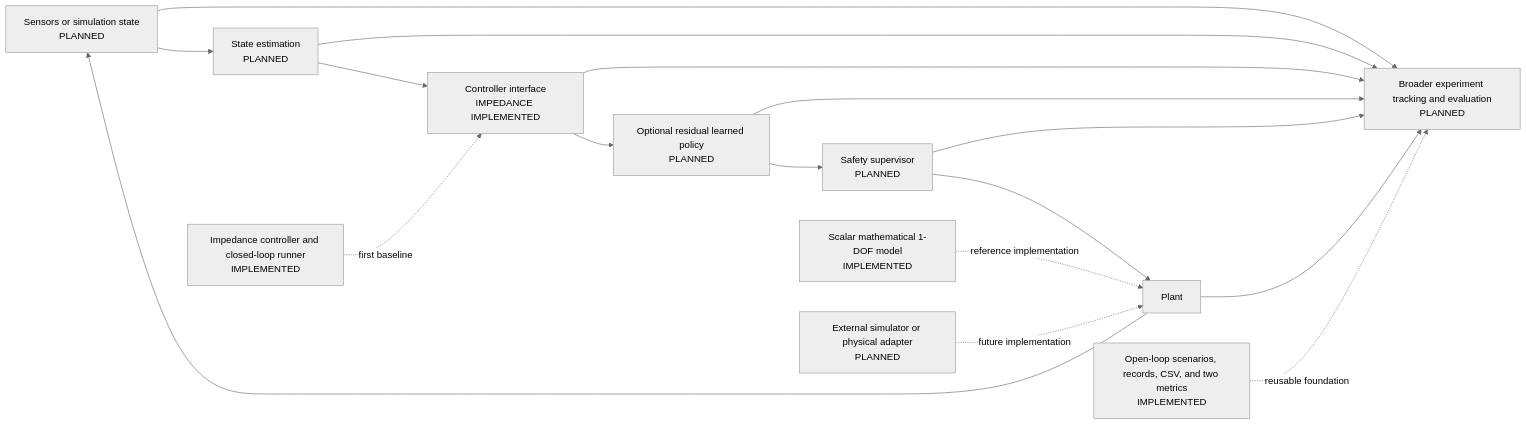
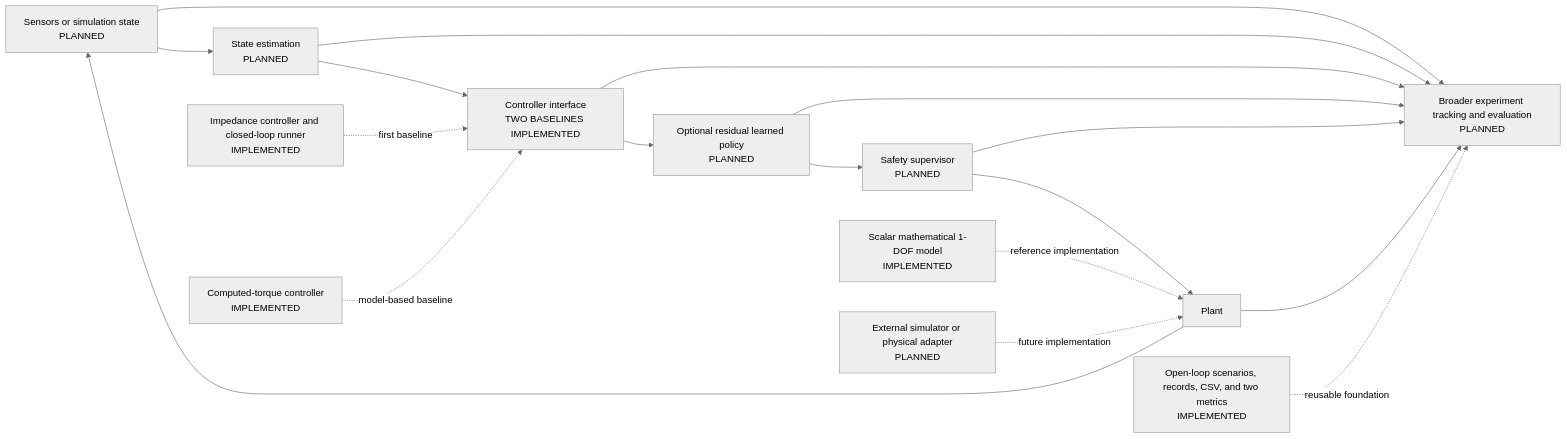
Before and after one commit to LeMonsieurPompidou/adaptive-assist: the second of 2 diagrams in docs/developer_guide.md, drawn with Mermaid (neutral theme). The commit also changed other lines of this file and 23 other files, not shown here.

Commit message:
feat: add computed torque control baseline

````diff
--- a/docs/developer_guide.md
+++ b/docs/developer_guide.md
@@ -349,22 +399,23 @@
 ```mermaid
 flowchart LR
     A[Sensors or simulation state<br/>PLANNED] --> B[State estimation<br/>PLANNED]
-    B --> C[Controller interface<br/>IMPEDANCE IMPLEMENTED]
+    B --> C[Controller interface<br/>TWO BASELINES IMPLEMENTED]
     C --> D[Optional residual learned policy<br/>PLANNED]
     D --> E[Safety supervisor<br/>PLANNED]
     E --> F[Plant]
     F --> A
 
     F1[Scalar mathematical 1-DOF model<br/>IMPLEMENTED] -. reference implementation .-> F
     F2[External simulator or physical adapter<br/>PLANNED] -. future implementation .-> F
 
     A --> G[Broader experiment tracking and evaluation<br/>PLANNED]
     B --> G
     C --> G
     D --> G
     E --> G
     F --> G
 
     H[Open-loop scenarios, records, CSV, and two metrics<br/>IMPLEMENTED] -. reusable foundation .-> G
     I[Impedance controller and closed-loop runner<br/>IMPLEMENTED] -. first baseline .-> C
+    J[Computed-torque controller<br/>IMPLEMENTED] -. model-based baseline .-> C
 ```
````
